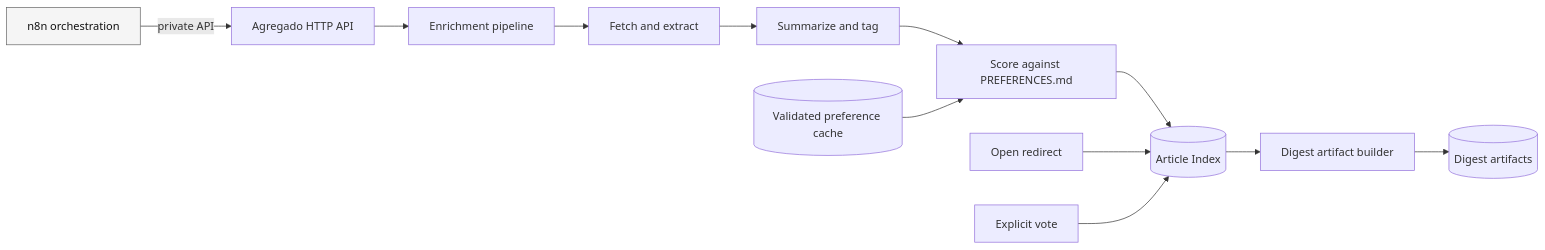
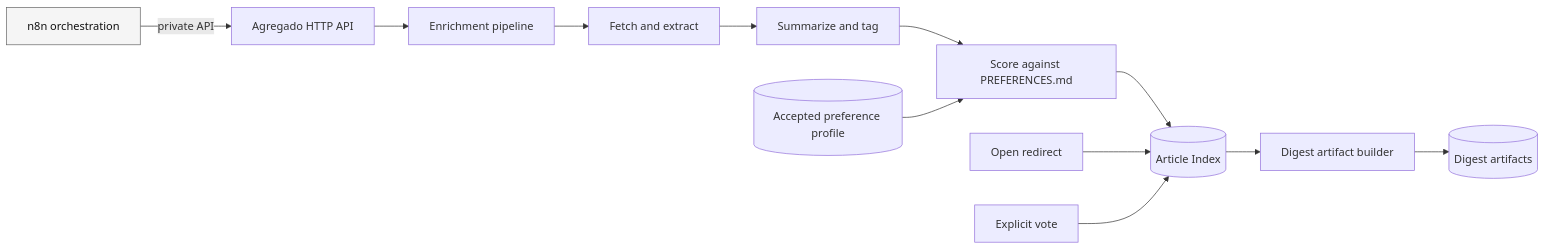
The first of 6 diagrams in docs/architecture/agregado.md (ffrt-labs/agregado), drawn with Mermaid before and after one commit. The commit also changed other lines of this file and 30 other files, not shown here.

````diff
--- a/docs/architecture/agregado.md
+++ b/docs/architecture/agregado.md
@@ -30,17 +30,17 @@
 ```mermaid
 flowchart LR
     N8N[n8n orchestration] -->|private API| API[Agregado HTTP API]
     API --> ENRICH[Enrichment pipeline]
     ENRICH --> FETCH[Fetch and extract]
     FETCH --> SUM[Summarize and tag]
     SUM --> SCORE[Score against PREFERENCES.md]
     SCORE --> INDEX[(Article Index)]
     INDEX --> DIGEST[Digest artifact builder]
     DIGEST --> ARTIFACT[(Digest artifacts)]
     OPEN[Open redirect] --> INDEX
     VOTE[Explicit vote] --> INDEX
-    PREF[(Validated preference cache)] --> SCORE
+    PREF[(Accepted preference profile)] --> SCORE
 
     classDef external fill:#f5f5f5,stroke:#666,color:#111;
     class N8N external;
 ```
````
